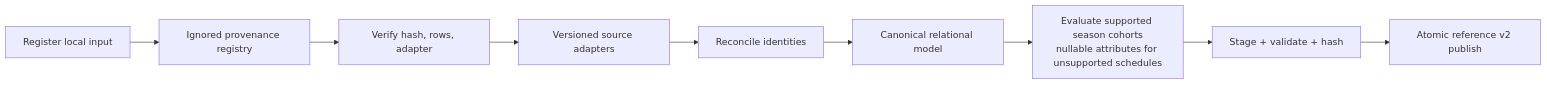
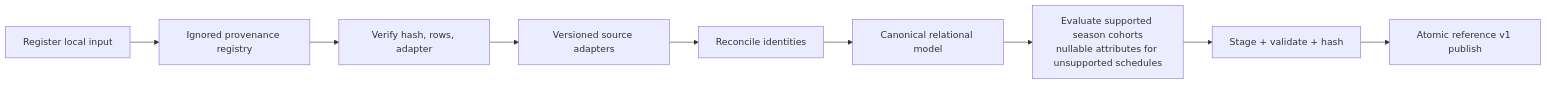
The second of 4 diagrams in docs/presentations/PLAYER_GENERATOR_TECHNICAL_OVERVIEW.md (jimmie-potts/player-generator), drawn with Mermaid before and after one commit. The commit also changed other lines of this file and 65 other files, not shown here.

````diff
--- a/docs/presentations/PLAYER_GENERATOR_TECHNICAL_OVERVIEW.md
+++ b/docs/presentations/PLAYER_GENERATOR_TECHNICAL_OVERVIEW.md
@@ -124,14 +124,14 @@
 ```mermaid
 flowchart LR
     register["Register local input"]
     registry["Ignored provenance registry"]
     verify1["Verify hash, rows, adapter"]
     adapt["Versioned source adapters"]
     reconcile["Reconcile identities"]
     canonical["Canonical relational model"]
     evaluate["Evaluate supported season cohorts<br/>nullable attributes for unsupported schedules"]
     stage["Stage + validate + hash"]
-    publish["Atomic reference v2 publish"]
+    publish["Atomic reference v1 publish"]
 
     register --> registry --> verify1 --> adapt --> reconcile --> canonical --> evaluate --> stage --> publish
 ```
````
